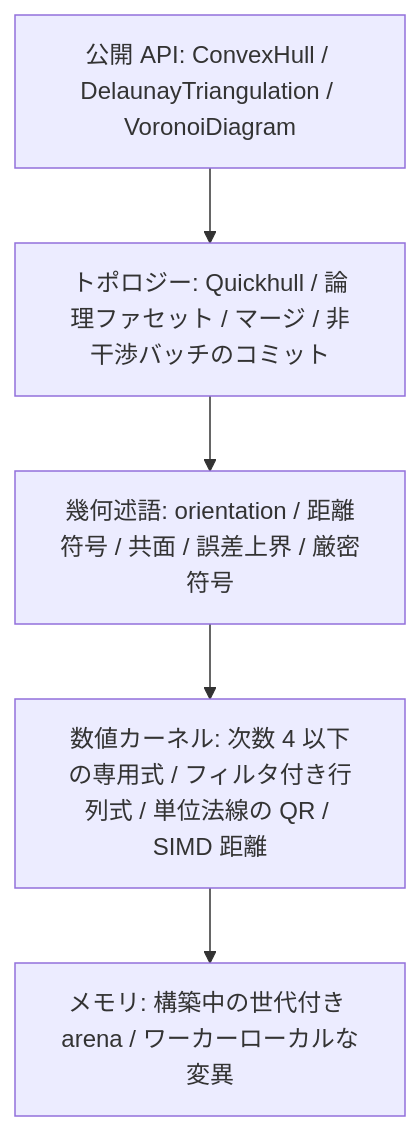
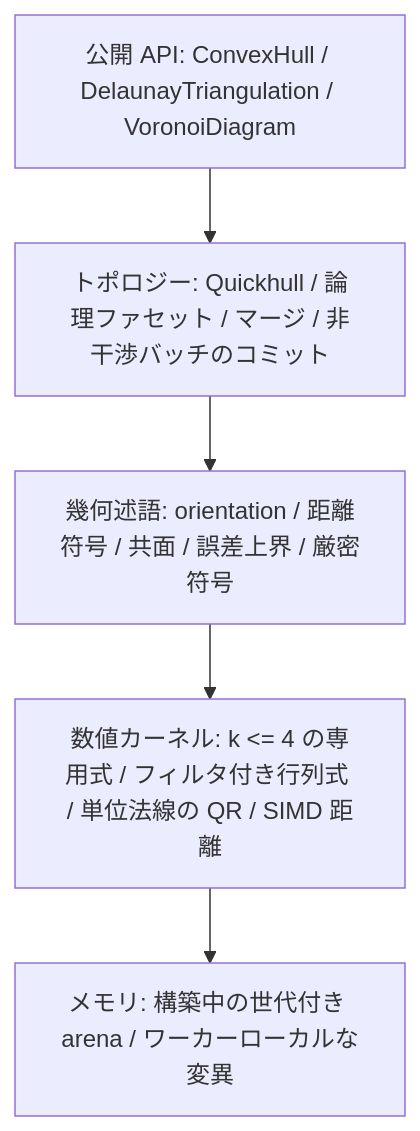
One commit to YUKIKEDA/convx changed the first of 2 diagrams in .dev/convx-design.md. Above: the diagram before and after it, drawn with Mermaid. The commit also changed other lines of this file and 2 other files, not shown here.

````diff
--- a/.dev/convx-design.md
+++ b/.dev/convx-design.md
@@ -33,9 +43,9 @@
 ```mermaid
 flowchart TD
     api["公開 API: ConvexHull / DelaunayTriangulation / VoronoiDiagram"]
     topo["トポロジー: Quickhull / 論理ファセット / マージ / 非干渉バッチのコミット"]
     pred["幾何述語: orientation / 距離符号 / 共面 / 誤差上界 / 厳密符号"]
-    num["数値カーネル: 次数 4 以下の専用式 / フィルタ付き行列式 / 単位法線の QR / SIMD 距離"]
+    num["数値カーネル: k <= 4 の専用式 / フィルタ付き行列式 / 単位法線の QR / SIMD 距離"]
     mem["メモリ: 構築中の世代付き arena / ワーカーローカルな変異"]
     api --> topo --> pred --> num --> mem
 ```
````
